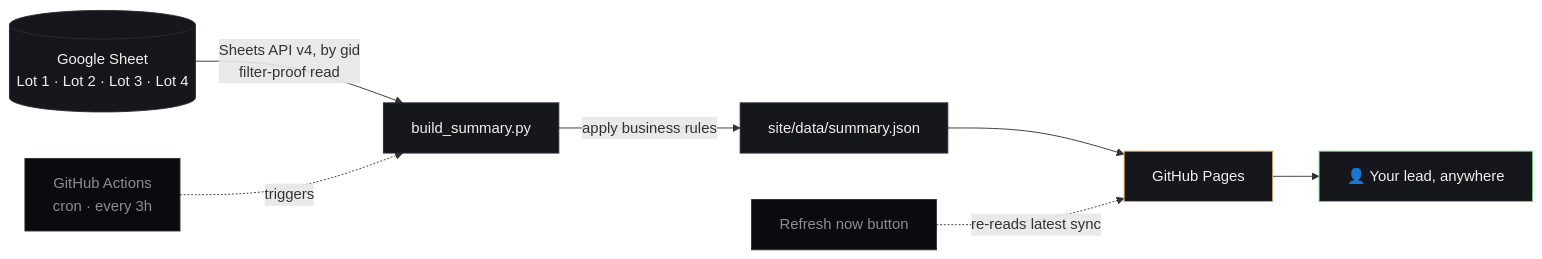
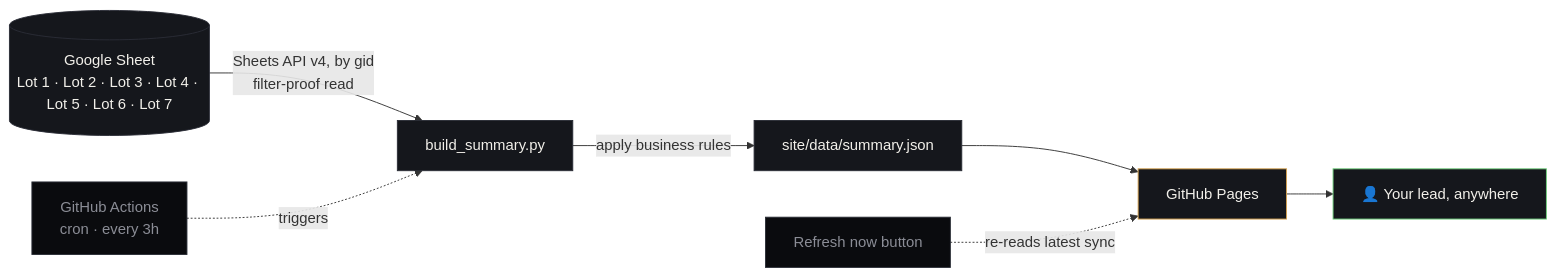
Before and after one commit to vikramdex-ops/iso-review-dashboard: the diagram in README.md, drawn with Mermaid. The commit also changed other lines of this file and 2 other files, not shown here.

First line of the commit message:
Onboard Lot 5, Lot 6, Lot 7 via tab-title lookup

````diff
--- a/README.md
+++ b/README.md
@@ -98,17 +98,17 @@
 ```mermaid
 flowchart LR
-    A[("Google Sheet\nLot 1 · Lot 2 · Lot 3 · Lot 4")] -->|Sheets API v4, by gid\nfilter-proof read| B["build_summary.py"]
+    A[("Google Sheet\nLot 1 · Lot 2 · Lot 3 · Lot 4 · Lot 5 · Lot 6 · Lot 7")] -->|Sheets API v4, by gid\nfilter-proof read| B["build_summary.py"]
     B -->|apply business rules| C["site/data/summary.json"]
     C --> D["GitHub Pages"]
     E["GitHub Actions\ncron · every 3h"] -.triggers.-> B
     F["Refresh now button"] -.re-reads latest sync.-> D
     D --> G["👤 Your lead, anywhere"]
 
     style A fill:#15171c,stroke:#2a2d36,color:#f2f0ea
     style B fill:#15171c,stroke:#2a2d36,color:#f2f0ea
     style C fill:#15171c,stroke:#2a2d36,color:#f2f0ea
     style D fill:#15171c,stroke:#d7a34f,color:#f2f0ea
     style E fill:#0a0b0e,stroke:#2a2d36,color:#8b8d96
     style F fill:#0a0b0e,stroke:#2a2d36,color:#8b8d96
     style G fill:#15171c,stroke:#6fcf7c,color:#f2f0ea
 ```
````
